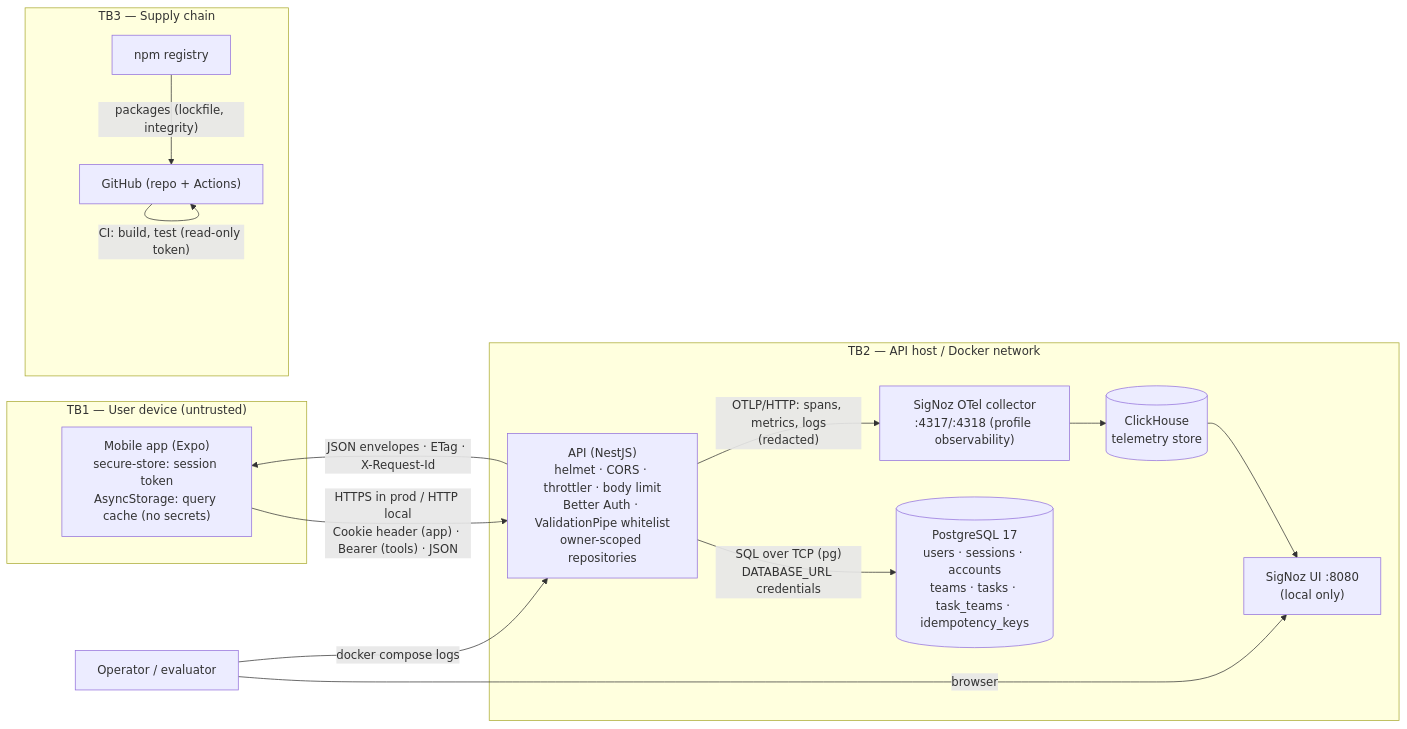
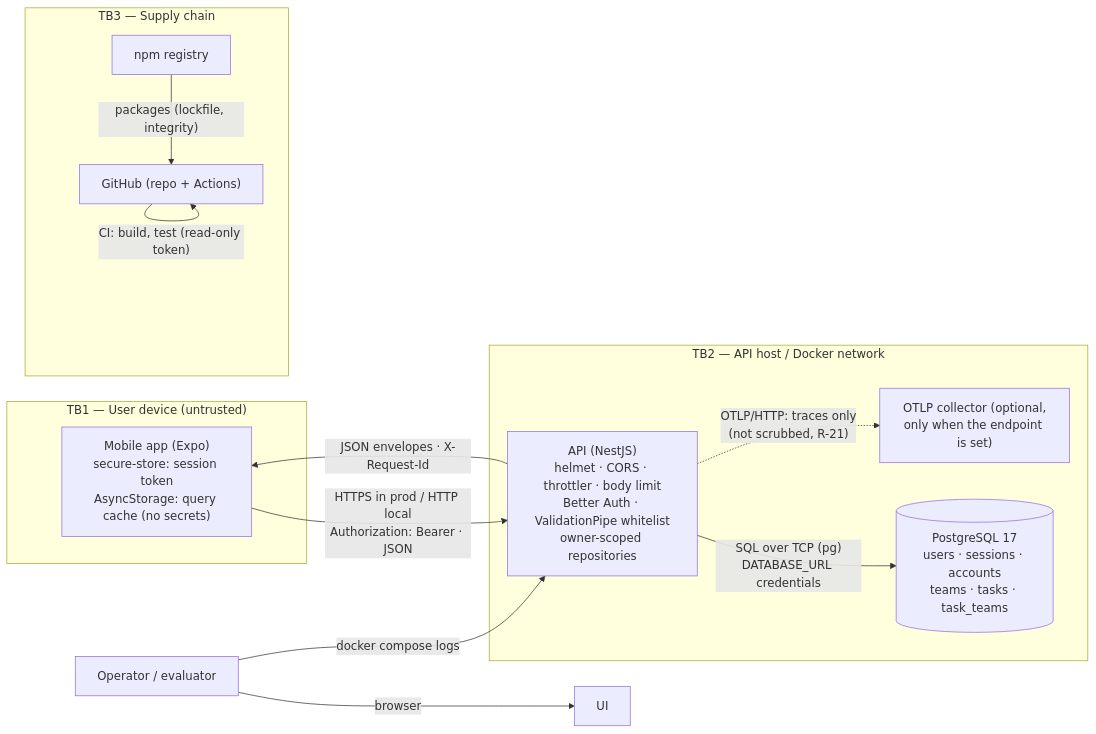
The diagram in docs/security/threat-model.md (rodriguesdenis/hitss), drawn with Mermaid before and after one commit. The commit also changed other lines of this file and 2 other files, not shown here.

First line of the commit message:
docs: fix the review findings on #100 (pretty logs, APP_SCHEME, threat model rows)

````diff
--- a/docs/security/threat-model.md
+++ b/docs/security/threat-model.md
@@ -38,28 +38,25 @@
 ```mermaid
 flowchart LR
   subgraph TB1["TB1 — User device (untrusted)"]
     App["Mobile app (Expo)<br/>secure-store: session token<br/>AsyncStorage: query cache (no secrets)"]
   end
   subgraph TB2["TB2 — API host / Docker network"]
     API["API (NestJS)<br/>helmet · CORS · throttler · body limit<br/>Better Auth · ValidationPipe whitelist<br/>owner-scoped repositories"]
-    DB[("PostgreSQL 17<br/>users · sessions · accounts<br/>teams · tasks · task_teams · idempotency_keys")]
-    COL["SigNoz OTel collector<br/>:4317/:4318 (profile observability)"]
-    UI["SigNoz UI :8080<br/>(local only)"]
-    CH[("ClickHouse<br/>telemetry store")]
+    DB[("PostgreSQL 17<br/>users · sessions · accounts<br/>teams · tasks · task_teams")]
+    COL["OTLP collector (optional,<br/>only when the endpoint is set)"]
   end
   subgraph TB3["TB3 — Supply chain"]
     REG["npm registry"]
     GH["GitHub (repo + Actions)"]
   end
   Op["Operator / evaluator"]
 
-  App -- "HTTPS in prod / HTTP local<br/>Cookie header (app) · Bearer (tools) · JSON" --> API
-  API -- "JSON envelopes · ETag · X-Request-Id" --> App
+  App -- "HTTPS in prod / HTTP local<br/>Authorization: Bearer · JSON" --> API
+  API -- "JSON envelopes · X-Request-Id" --> App
   API -- "SQL over TCP (pg)<br/>DATABASE_URL credentials" --> DB
-  API -- "OTLP/HTTP: spans, metrics, logs<br/>(redacted)" --> COL
-  COL --> CH --> UI
+  API -. "OTLP/HTTP: traces only<br/>(not scrubbed, R-21)" .-> COL
   Op -- "browser" --> UI
   Op -- "docker compose logs" --> API
   REG -- "packages (lockfile, integrity)" --> GH
   GH -- "CI: build, test (read-only token)" --> GH
 ```
````
